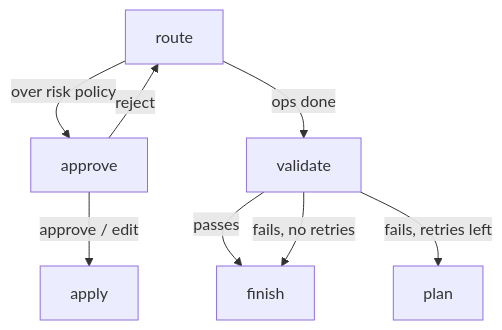
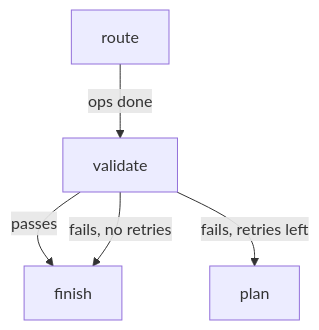
The second of 2 diagrams in docs/architecture.md (bwu1234/dataset-triage-agent), drawn with Mermaid before and after one commit. The commit also changed other lines of this file and 7 other files, not shown here.

````diff
--- a/docs/architecture.md
+++ b/docs/architecture.md
@@ -24,10 +31,7 @@
 ```mermaid
 flowchart TD
-    route -- over risk policy --> approve
-    approve -- approve / edit --> apply
-    approve -- reject --> route
     route -- ops done --> validate
     validate -- passes --> finish
     validate -- fails, retries left --> plan
     validate -- fails, no retries --> finish
 ```
````
